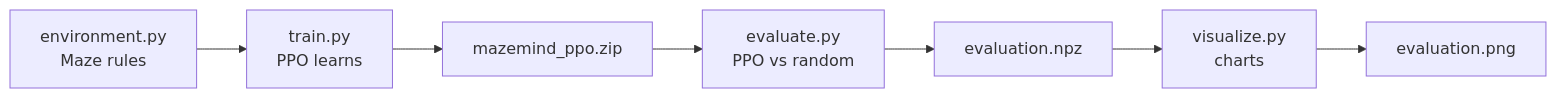
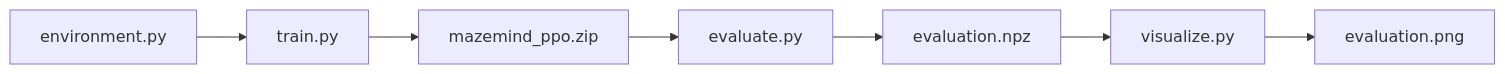
The diagram in docs/08-code-walkthrough.md (ADxSD-143/MazeMind), drawn with Mermaid before and after one commit. The commit also changed other lines of this file, not shown here.

````diff
--- a/docs/08-code-walkthrough.md
+++ b/docs/08-code-walkthrough.md
@@ -7,9 +15,9 @@
 ```mermaid
 flowchart LR
-    A[environment.py<br/>Maze rules] --> B[train.py<br/>PPO learns]
+    A[environment.py] --> B[train.py]
     B --> C[mazemind_ppo.zip]
-    C --> D[evaluate.py<br/>PPO vs random]
+    C --> D[evaluate.py]
     D --> E[evaluation.npz]
-    E --> F[visualize.py<br/>charts]
+    E --> F[visualize.py]
     F --> G[evaluation.png]
 ```
````
